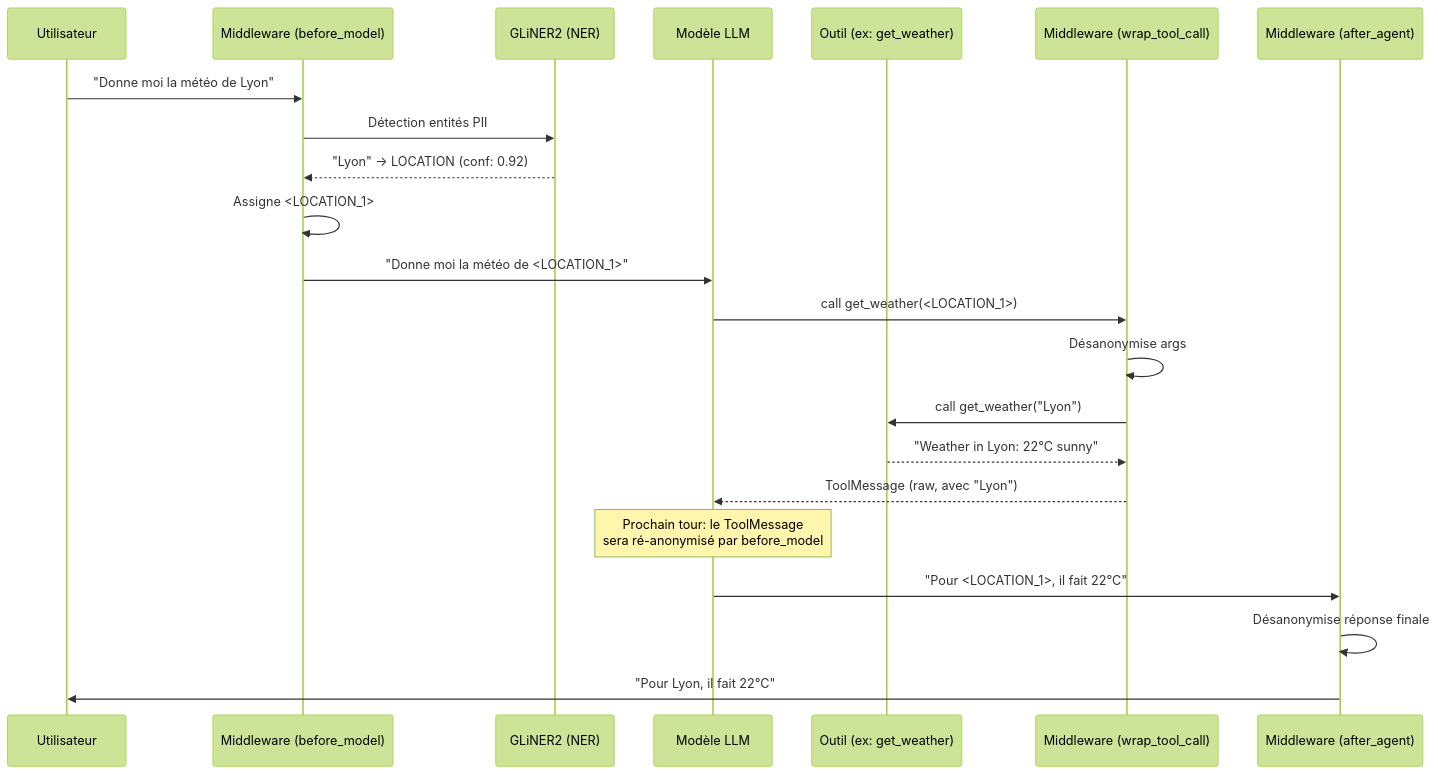
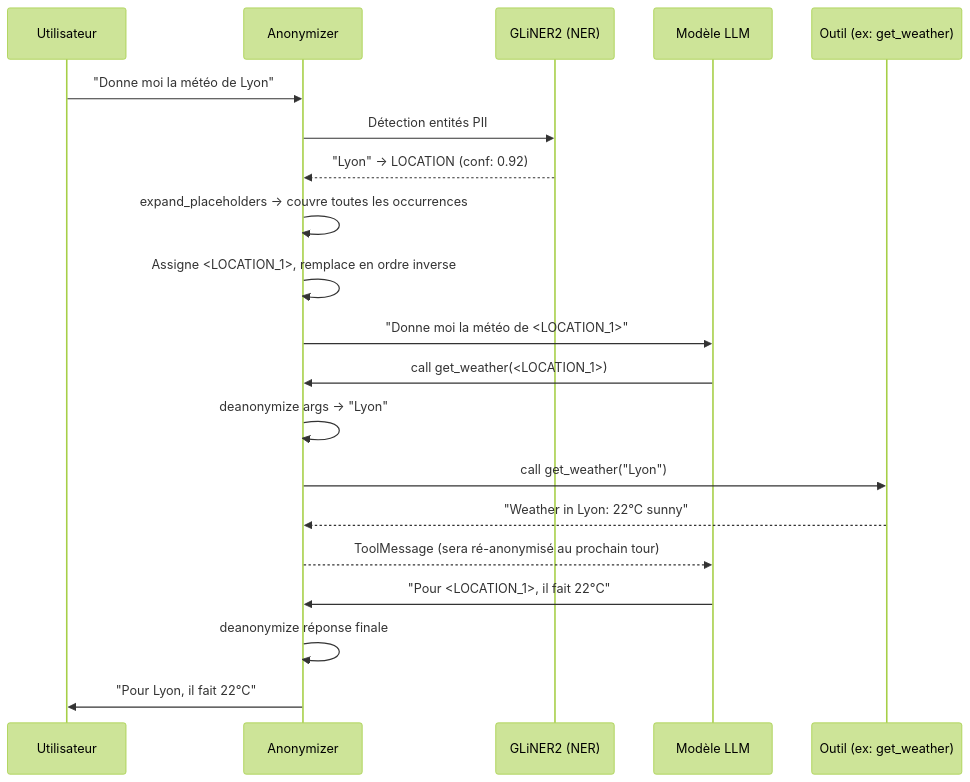
Before and after one commit to jamon8888/hacienda-ghost: the first of 4 diagrams in docs/architecture.md, drawn with Mermaid (forest theme). The commit also changed other lines of this file and 1 other file, not shown here.

First line of the commit message:
docs: detail expand_placeholders, alias variants and reverse-order span strategy

````diff
--- a/docs/architecture.md
+++ b/docs/architecture.md
@@ -23,28 +13,25 @@
 ```mermaid
 sequenceDiagram
     participant U as Utilisateur
-    participant MW as Middleware (before_model)
+    participant A as Anonymizer
     participant NER as GLiNER2 (NER)
     participant LLM as Modèle LLM
     participant Tool as Outil (ex: get_weather)
-    participant MW2 as Middleware (wrap_tool_call)
-    participant MW3 as Middleware (after_agent)
 
-    U->>MW: "Donne moi la météo de Lyon"
-    MW->>NER: Détection entités PII
-    NER-->>MW: "Lyon" → LOCATION (conf: 0.92)
-    MW->>MW: Assigne <LOCATION_1>
-    MW->>LLM: "Donne moi la météo de <LOCATION_1>"
+    U->>A: "Donne moi la météo de Lyon"
+    A->>NER: Détection entités PII
+    NER-->>A: "Lyon" → LOCATION (conf: 0.92)
+    A->>A: expand_placeholders → couvre toutes les occurrences
+    A->>A: Assigne <LOCATION_1>, remplace en ordre inverse
+    A->>LLM: "Donne moi la météo de <LOCATION_1>"
 
-    LLM->>MW2: call get_weather(<LOCATION_1>)
-    MW2->>MW2: Désanonymise args
-    MW2->>Tool: call get_weather("Lyon")
-    Tool-->>MW2: "Weather in Lyon: 22°C sunny"
-    MW2-->>LLM: ToolMessage (raw, avec "Lyon")
+    LLM->>A: call get_weather(<LOCATION_1>)
+    A->>A: deanonymize args → "Lyon"
+    A->>Tool: call get_weather("Lyon")
+    Tool-->>A: "Weather in Lyon: 22°C sunny"
+    A-->>LLM: ToolMessage (sera ré-anonymisé au prochain tour)
 
-    Note over LLM: Prochain tour: le ToolMessage<br/>sera ré-anonymisé par before_model
-
-    LLM->>MW3: "Pour <LOCATION_1>, il fait 22°C"
-    MW3->>MW3: Désanonymise réponse finale
-    MW3->>U: "Pour Lyon, il fait 22°C"
+    LLM->>A: "Pour <LOCATION_1>, il fait 22°C"
+    A->>A: deanonymize réponse finale
+    A->>U: "Pour Lyon, il fait 22°C"
 ```
````
